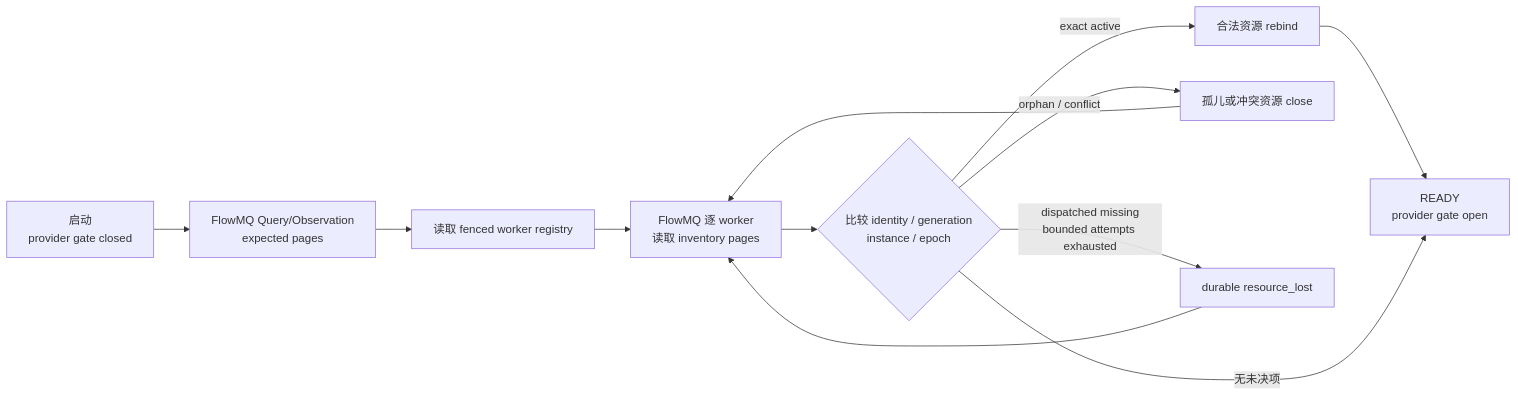
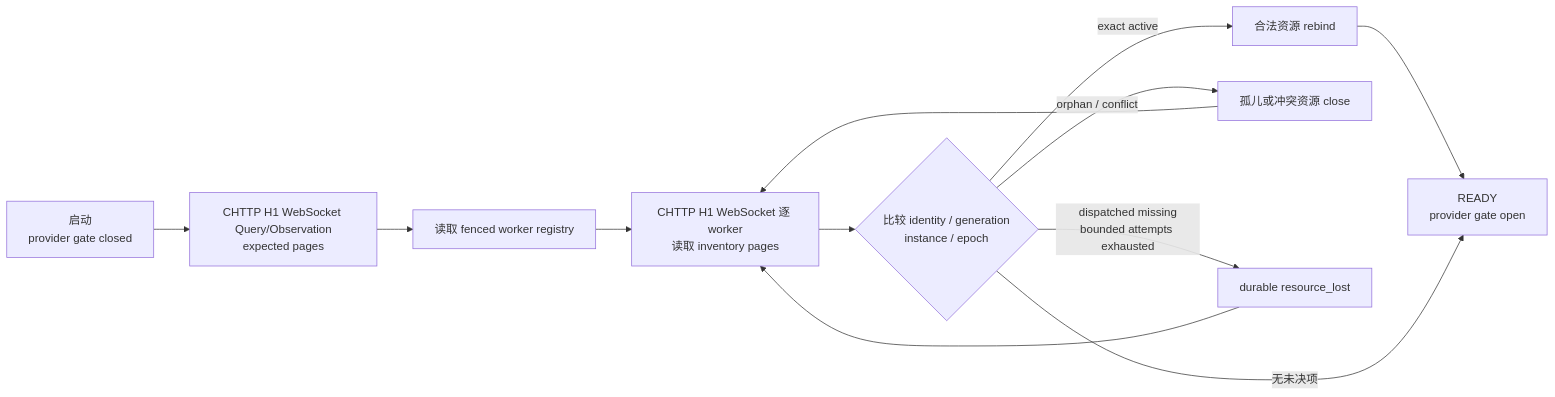
Before and after one commit to qigao/turbomedia: the third of 9 diagrams in webrtc/docs/ivr-production-readiness-design-zh.md, drawn with Mermaid. The commit also changed other lines of this file and 162 other files, not shown here.

````diff
--- a/webrtc/docs/ivr-production-readiness-design-zh.md
+++ b/webrtc/docs/ivr-production-readiness-design-zh.md
@@ -226,18 +226,18 @@
 ```mermaid
 flowchart LR
   Start[启动<br/>provider gate closed]
-  Expected[FlowMQ Query/Observation<br/>expected pages]
+  Expected[CHTTP H1 WebSocket Query/Observation<br/>expected pages]
   Registry[读取 fenced worker registry]
-  Inventory[FlowMQ 逐 worker<br/>读取 inventory pages]
+  Inventory[CHTTP H1 WebSocket 逐 worker<br/>读取 inventory pages]
   Compare{比较 identity / generation<br/>instance / epoch}
   Rebind[合法资源 rebind]
   Close[孤儿或冲突资源 close]
   Lost[durable resource_lost]
   Ready[READY<br/>provider gate open]
 
   Start --> Expected --> Registry --> Inventory --> Compare
   Compare -->|exact active| Rebind --> Ready
   Compare -->|orphan / conflict| Close --> Inventory
   Compare -->|dispatched missing<br/>bounded attempts exhausted| Lost --> Inventory
   Compare -->|无未决项| Ready
 ```
````
